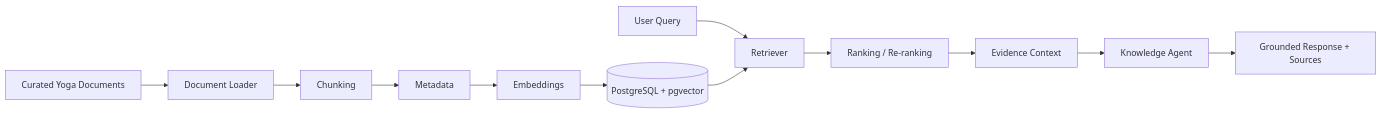
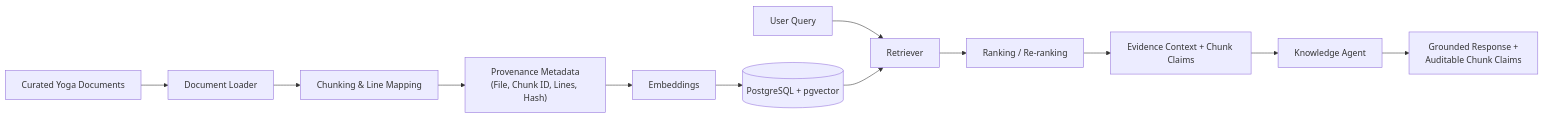
Before and after one commit to ojhaprathmesh/YogaSutra_Repo: the tenth of 32 diagrams in PLAN.md, drawn with Mermaid. The commit also changed other lines of this file and 4 other files, not shown here.

````diff
--- a/PLAN.md
+++ b/PLAN.md
@@ -789,15 +796,15 @@
 ``` mermaid
 flowchart LR
     D["Curated Yoga Documents"] --> L["Document Loader"]
-    L --> C["Chunking"]
-    C --> M["Metadata"]
+    L --> C["Chunking & Line Mapping"]
+    C --> M["Provenance Metadata\n(File, Chunk ID, Lines, Hash)"]
     M --> E["Embeddings"]
     E --> V[("PostgreSQL + pgvector")]
 
     Q["User Query"] --> R["Retriever"]
     V --> R
     R --> RR["Ranking / Re-ranking"]
-    RR --> X["Evidence Context"]
+    RR --> X["Evidence Context + Chunk Claims"]
     X --> KA["Knowledge Agent"]
-    KA --> ANS["Grounded Response + Sources"]
+    KA --> ANS["Grounded Response +\nAuditable Chunk Claims"]
 ```
````
